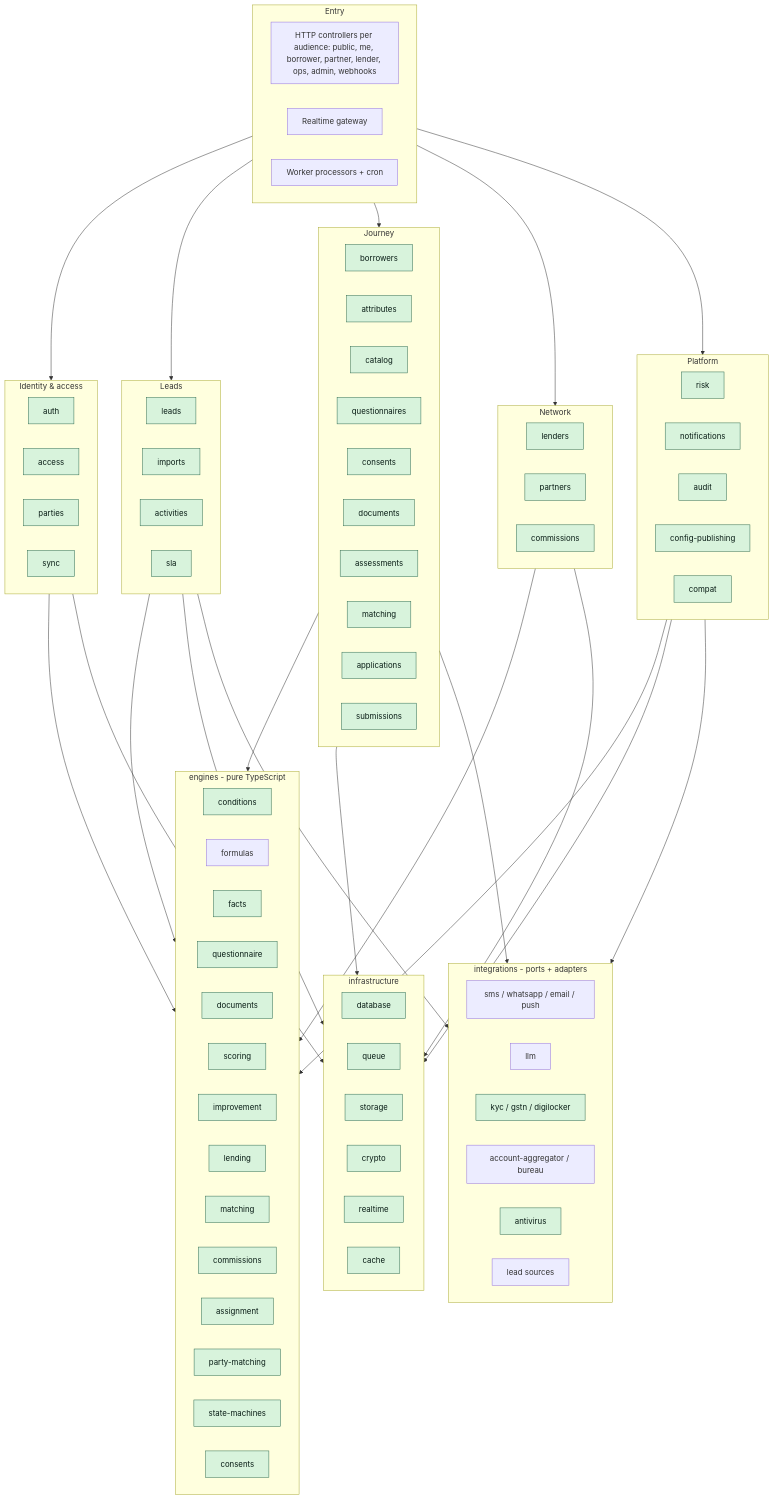
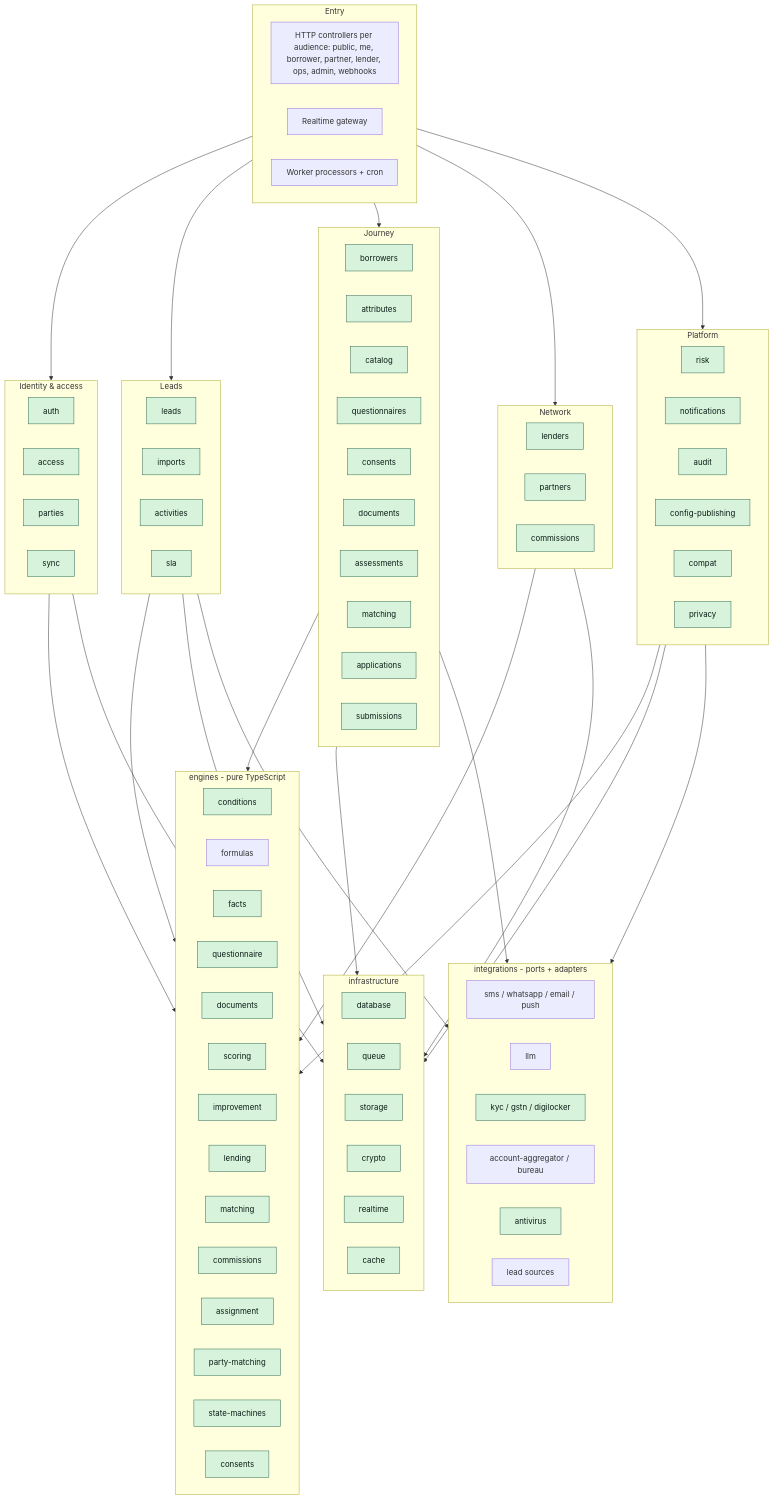
One commit to Shaikhfaruk/fundenflo changed the second of 16 diagrams in docs/ARCHITECTURE.md. Above: the diagram before and after it, drawn with Mermaid. The commit also changed other lines of this file and 69 other files, not shown here.

````diff
--- a/docs/ARCHITECTURE.md
+++ b/docs/ARCHITECTURE.md
@@ -110,6 +110,7 @@
     audit
     configPublishing[config-publishing]
     compat
+    privacy
   end
   subgraph Engines[engines - pure TypeScript]
     conditions
@@ -162,5 +163,5 @@
   LeadsGroup --> Ports
   Platform --> Ports
   classDef built fill:#d8f3dc,stroke:#2d6a4f,color:#081c15
-  class auth,access,parties,catalog,attributes,questionnaires,consents,partners,leads,imports,activities,sla,realtime,sync,documents,borrowers,applications,submissions,compat,commissions,risk,lenders,assessments,matching,notifications,audit,configPublishing,conditions,facts,questionnaire,partyMatching,stateMachines,consentFold,assignment,docChecklist,lendingEngine,scoring,improvement,matchingEngine,commissionCalc,database,queue,storage,crypto,cache,avP,kycP built
+  class auth,access,parties,catalog,attributes,questionnaires,consents,partners,leads,imports,activities,sla,realtime,sync,documents,borrowers,applications,submissions,compat,commissions,risk,privacy,lenders,assessments,matching,notifications,audit,configPublishing,conditions,facts,questionnaire,partyMatching,stateMachines,consentFold,assignment,docChecklist,lendingEngine,scoring,improvement,matchingEngine,commissionCalc,database,queue,storage,crypto,cache,avP,kycP built
 ```
````
